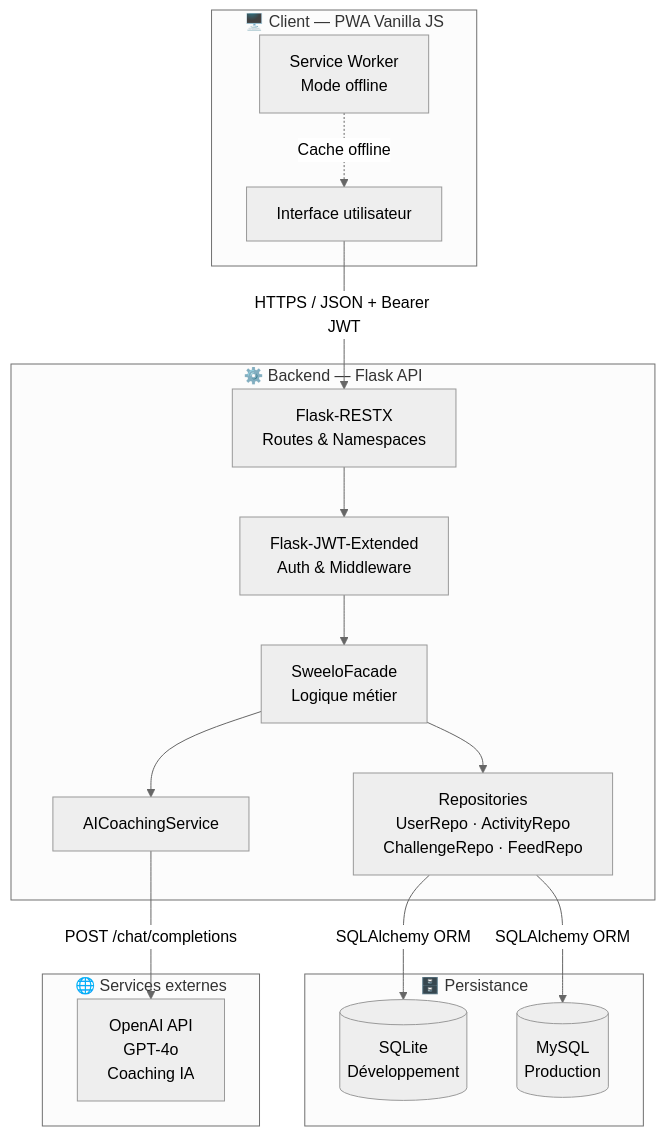
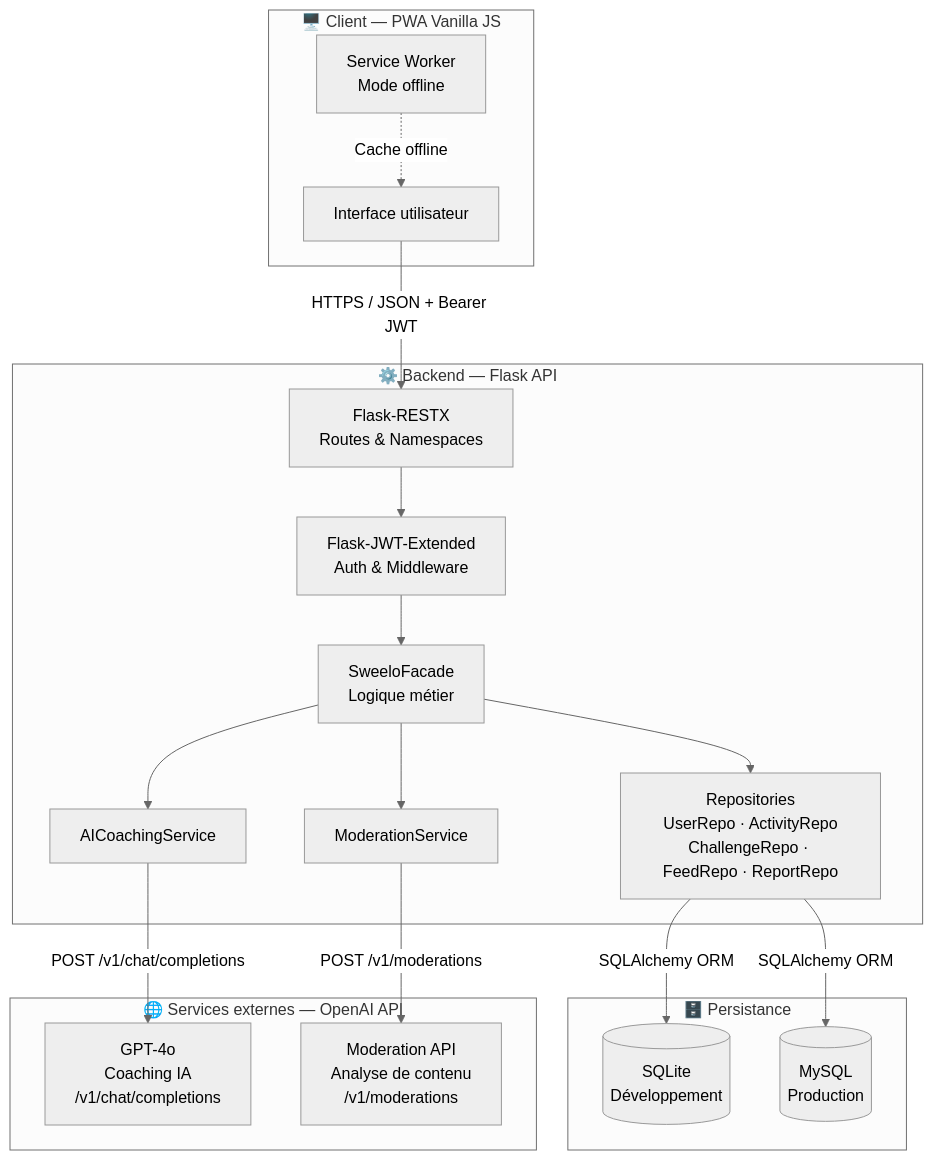
The first of 10 diagrams in README.md (arthurmoulard/Sweelo_APP), drawn with Mermaid (neutral theme) before and after one commit. The commit also changed other lines of this file, not shown here.

Commit message:
docs: enhance README with content moderation details, including OpenAI API integration and user stories

````diff
--- a/README.md
+++ b/README.md
@@ -72,34 +78,38 @@
 ```mermaid
 graph TB
     subgraph Client["🖥️ Client — PWA Vanilla JS"]
         UI[Interface utilisateur]
         SW[Service Worker<br/>Mode offline]
     end
 
     subgraph Backend["⚙️ Backend — Flask API"]
         RESTX[Flask-RESTX<br/>Routes & Namespaces]
         JWT[Flask-JWT-Extended<br/>Auth & Middleware]
         FACADE[SweeloFacade<br/>Logique métier]
-        REPO[Repositories<br/>UserRepo · ActivityRepo<br/>ChallengeRepo · FeedRepo]
+        REPO[Repositories<br/>UserRepo · ActivityRepo<br/>ChallengeRepo · FeedRepo · ReportRepo]
         AI_SVC[AICoachingService]
+        MOD_SVC[ModerationService]
     end
 
     subgraph Data["🗄️ Persistance"]
         SQLITE[(SQLite<br/>Développement)]
         MYSQL[(MySQL<br/>Production)]
     end
 
-    subgraph External["🌐 Services externes"]
-        OPENAI[OpenAI API<br/>GPT-4o<br/>Coaching IA]
+    subgraph External["🌐 Services externes — OpenAI API"]
+        COACHING[GPT-4o<br/>Coaching IA<br/>/v1/chat/completions]
+        MODERATION[Moderation API<br/>Analyse de contenu<br/>/v1/moderations]
     end
 
     UI -->|HTTPS / JSON + Bearer JWT| RESTX
     SW -.->|Cache offline| UI
     RESTX --> JWT
     JWT --> FACADE
     FACADE --> REPO
     FACADE --> AI_SVC
+    FACADE --> MOD_SVC
     REPO -->|SQLAlchemy ORM| SQLITE
     REPO -->|SQLAlchemy ORM| MYSQL
-    AI_SVC -->|POST /chat/completions| OPENAI
+    AI_SVC -->|POST /v1/chat/completions| COACHING
+    MOD_SVC -->|POST /v1/moderations| MODERATION
 ```
````
